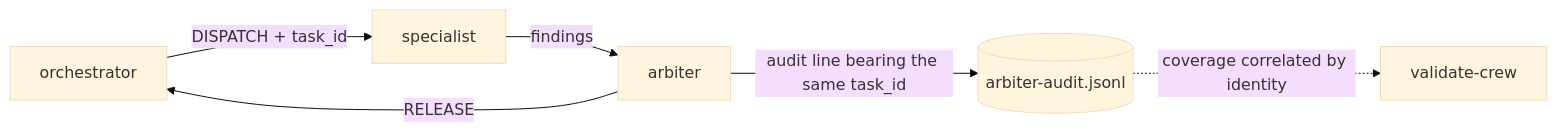
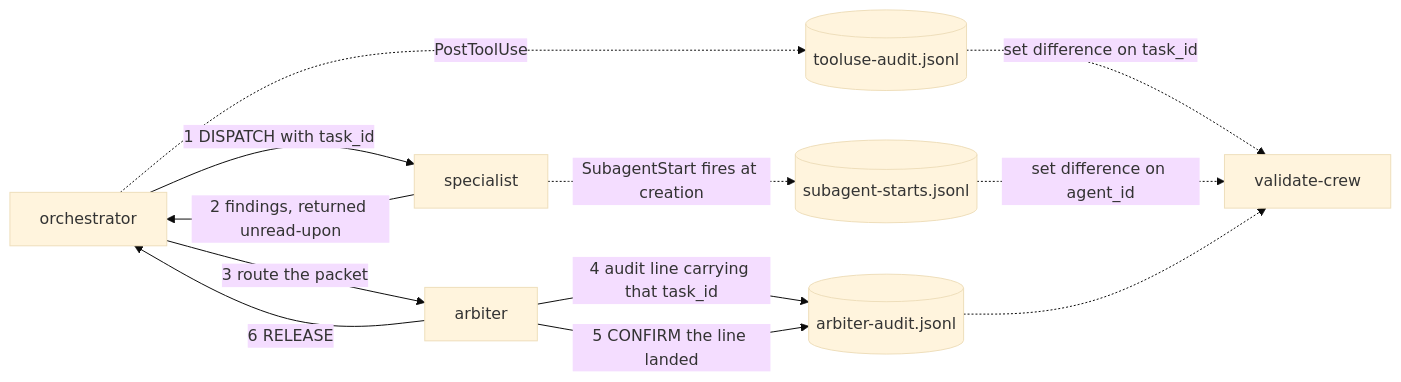
One commit to nathan-hayashi/psychic-crew changed the first of 3 diagrams in README.md. Above: the diagram before and after it, drawn with Mermaid (base theme). The commit also changed other lines of this file and 7 other files, not shown here.

````diff
--- a/README.md
+++ b/README.md
@@ -54,8 +54,14 @@
 ```mermaid
 flowchart LR
-    O[orchestrator] -->|DISPATCH + task_id| S[specialist]
-    S -->|findings| A[arbiter]
-    A -->|audit line bearing the same task_id| L[(arbiter-audit.jsonl)]
-    A -->|RELEASE| O
-    L -.->|coverage correlated by identity| V[validate-crew]
+    O[orchestrator] -->|1 DISPATCH with task_id| S[specialist]
+    S -->|2 findings, returned unread-upon| O
+    O -->|3 route the packet| A[arbiter]
+    A -->|4 audit line carrying that task_id| L[(arbiter-audit.jsonl)]
+    A -->|5 CONFIRM the line landed| L
+    A -->|6 RELEASE| O
+    O -.->|PostToolUse| T[(tooluse-audit.jsonl)]
+    S -.->|SubagentStart fires at creation| U[(subagent-starts.jsonl)]
+    T -.->|set difference on task_id| V[validate-crew]
+    U -.->|set difference on agent_id| V
+    L -.-> V
 ```
````
